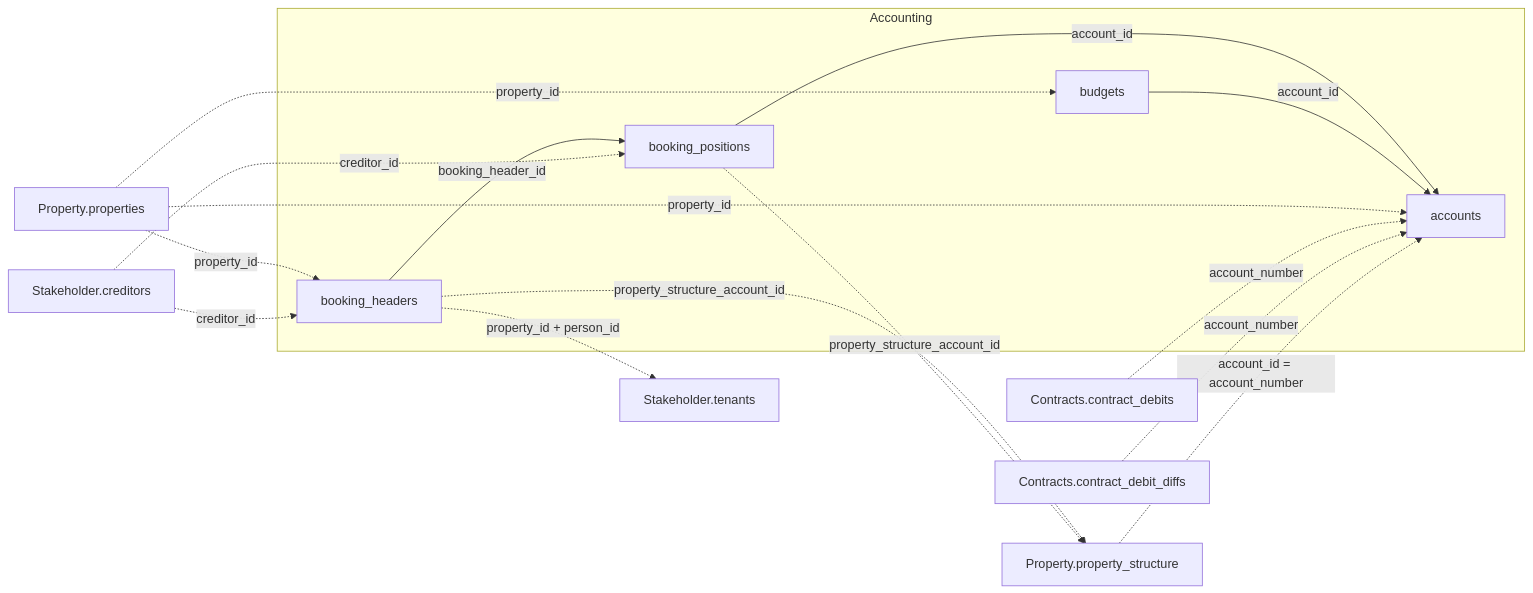
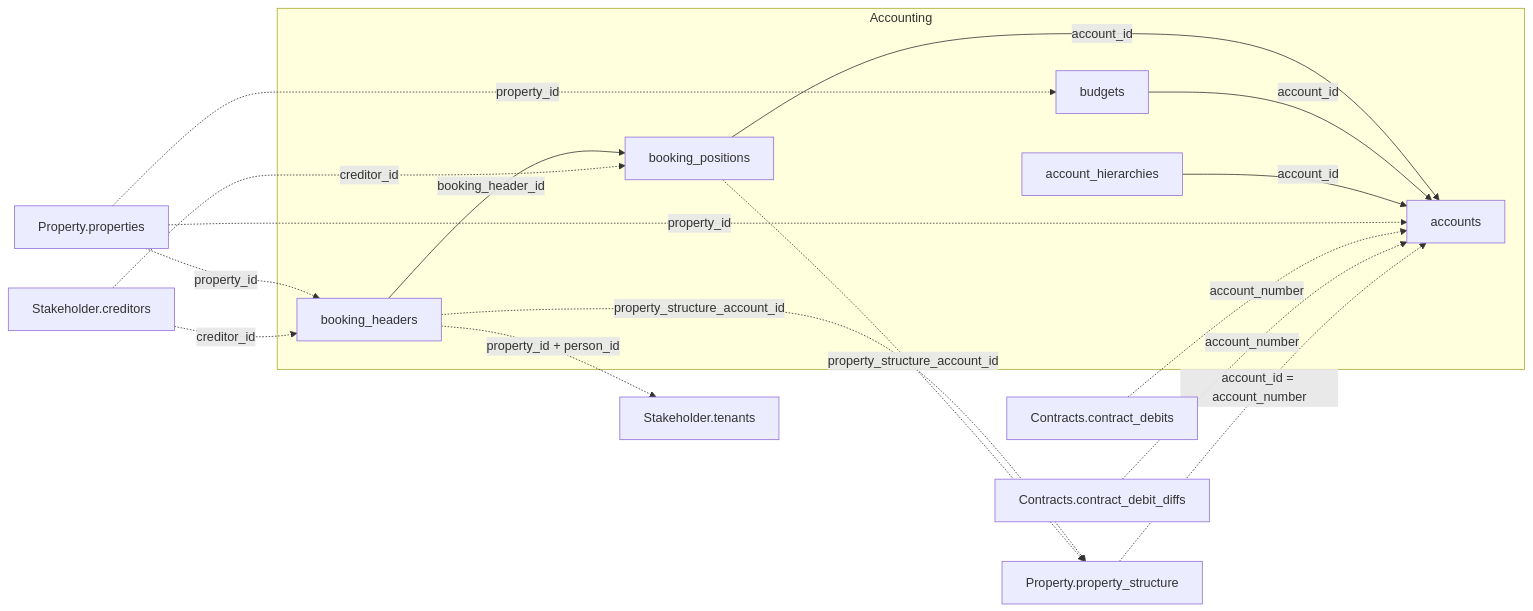
The diagram in de/v1/data-model/accounting.mdx (Trassets-ai/api-docs), drawn with Mermaid before and after one commit. The commit also changed other lines of this file and 5 other files, not shown here.

First line of the commit message:
Datenmodell: account_hierarchies und Konten-Einschränkungen (EN+DE) (#123)

````diff
--- a/de/v1/data-model/accounting.mdx
+++ b/de/v1/data-model/accounting.mdx
@@ -11,32 +11,34 @@
 ```mermaid
 graph LR
   subgraph Accounting
     booking_header["booking_headers"]
     booking_positions["booking_positions"]
     accounts["accounts"]
     budgets["budgets"]
+    account_hierarchies["account_hierarchies"]
   end
 
   properties["Property.properties"]
   property_structure["Property.property_structure"]
   contract_debits["Contracts.contract_debits"]
   contract_debit_diffs["Contracts.contract_debit_diffs"]
   tenants["Stakeholder.tenants"]
   creditor["Stakeholder.creditors"]
 
   booking_header -->|booking_header_id| booking_positions
   booking_positions -->|account_id| accounts
   budgets -->|account_id| accounts
+  account_hierarchies -->|account_id| accounts
 
   properties -.->|property_id| booking_header
   properties -.->|property_id| budgets
   properties -.->|property_id| accounts
   contract_debits -.->|account_number| accounts
   contract_debit_diffs -.->|account_number| accounts
   property_structure -.->|account_id = account_number| accounts
   booking_header -.->|property_id + person_id| tenants
   booking_header -.->|property_structure_account_id| property_structure
   booking_positions -.->|property_structure_account_id| property_structure
   creditor -.->|creditor_id| booking_header
   creditor -.->|creditor_id| booking_positions
 ```
````
